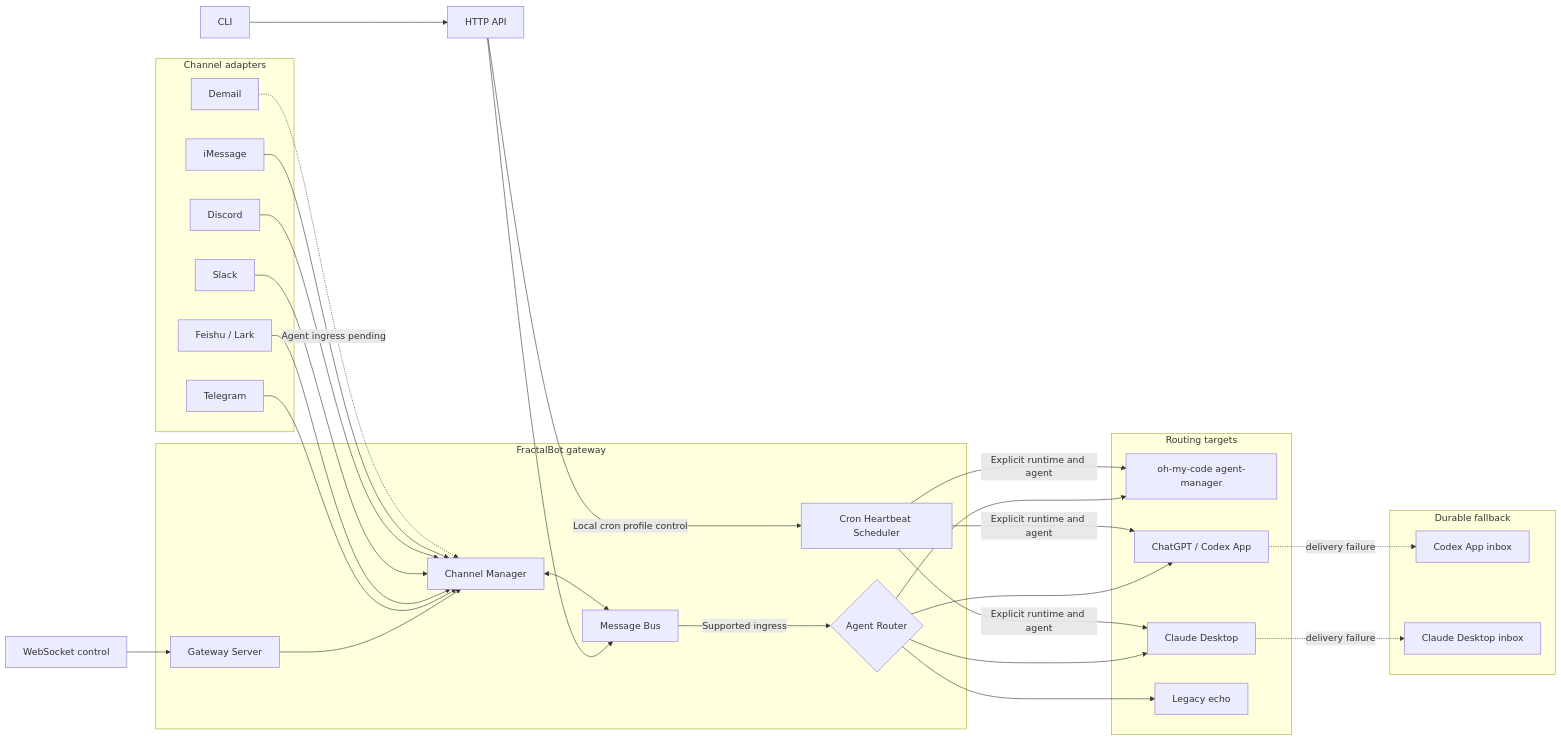
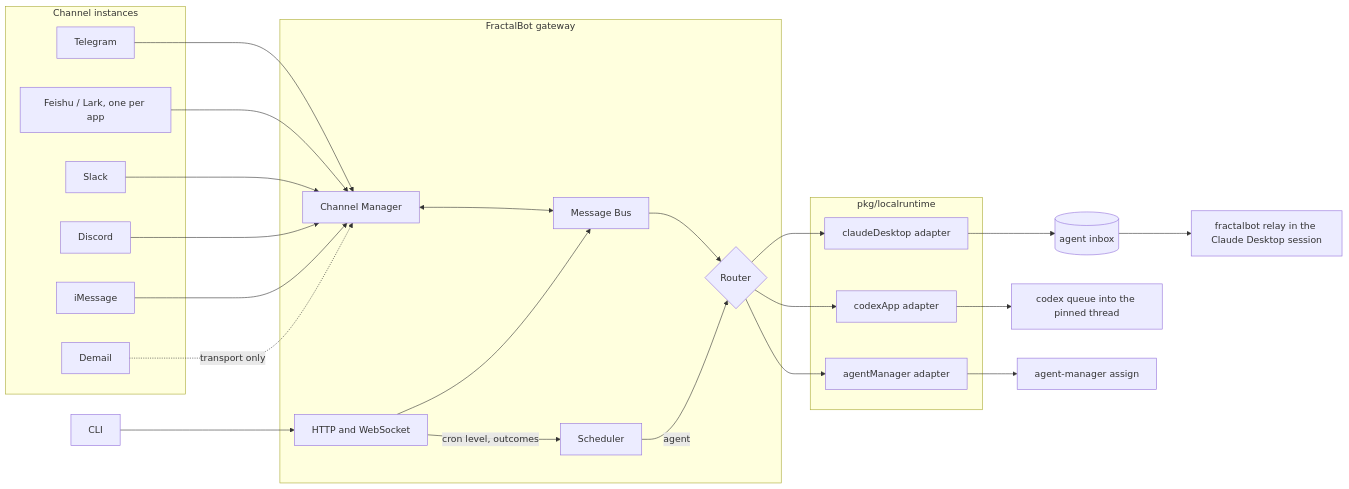
Before and after one commit to fractalmind-labs/fractalmind-os: the diagram in runtime/fractalbot/docs/architecture.md, drawn with Mermaid. The commit also changed other lines of this file and 88 other files, not shown here.

````diff
--- a/runtime/fractalbot/docs/architecture.md
+++ b/runtime/fractalbot/docs/architecture.md
@@ -7,55 +12,44 @@
 ```mermaid
 flowchart LR
-    subgraph Channels[Channel adapters]
+    subgraph Channels[Channel instances]
         Telegram[Telegram]
-        Feishu[Feishu / Lark]
+        Feishu[Feishu / Lark, one per app]
         Slack[Slack]
         Discord[Discord]
         IMessage[iMessage]
         Demail[Demail]
     end
 
     subgraph Gateway[FractalBot gateway]
         CM[Channel Manager]
         Bus[Message Bus]
-        Router{Agent Router}
-        Server[Gateway Server]
-        Heartbeat[Cron Heartbeat Scheduler]
+        Router{Router}
+        Schedules[Scheduler]
+        Server[HTTP and WebSocket]
     end
 
-    CLI[CLI] --> HTTP[HTTP API]
-    HTTP --> Bus
-    HTTP -->|Local cron profile control| Heartbeat
-    WS[WebSocket control] --> Server
-    Server --> CM
-
-    subgraph Targets[Routing targets]
-        OMC[oh-my-code agent-manager]
-        Codex[ChatGPT / Codex App]
-        Claude[Claude Desktop]
-        Echo[Legacy echo]
+    subgraph LR[pkg/localruntime]
+        CDA[claudeDesktop adapter]
+        CXA[codexApp adapter]
+        AMA[agentManager adapter]
     end
 
-    subgraph Durable[Durable fallback]
-        CodexInbox[Codex App inbox]
-        ClaudeInbox[Claude Desktop inbox]
-    end
-
+    CLI[CLI] --> Server
+    Server --> Bus
+    Server -->|cron level, outcomes| Schedules
     Telegram --> CM
     Feishu --> CM
     Slack --> CM
     Discord --> CM
     IMessage --> CM
-    Demail -. Agent ingress pending .-> CM
+    Demail -. transport only .-> CM
     CM <--> Bus
-    Bus -->|Supported ingress| Router
-    Router --> OMC
-    Router --> Codex
-    Router --> Claude
-    Router --> Echo
-    Heartbeat -->|Explicit runtime and agent| OMC
-    Heartbeat -->|Explicit runtime and agent| Codex
-    Heartbeat -->|Explicit runtime and agent| Claude
-    Codex -. delivery failure .-> CodexInbox
-    Claude -. delivery failure .-> ClaudeInbox
+    Bus --> Router
+    Schedules -->|agent| Router
+    Router --> CDA
+    Router --> CXA
+    Router --> AMA
+    CDA --> Inbox[(agent inbox)] --> Relay[fractalbot relay in the Claude Desktop session]
+    CXA --> Queue[codex queue into the pinned thread]
+    AMA --> Tmux[agent-manager assign]
 ```
````
